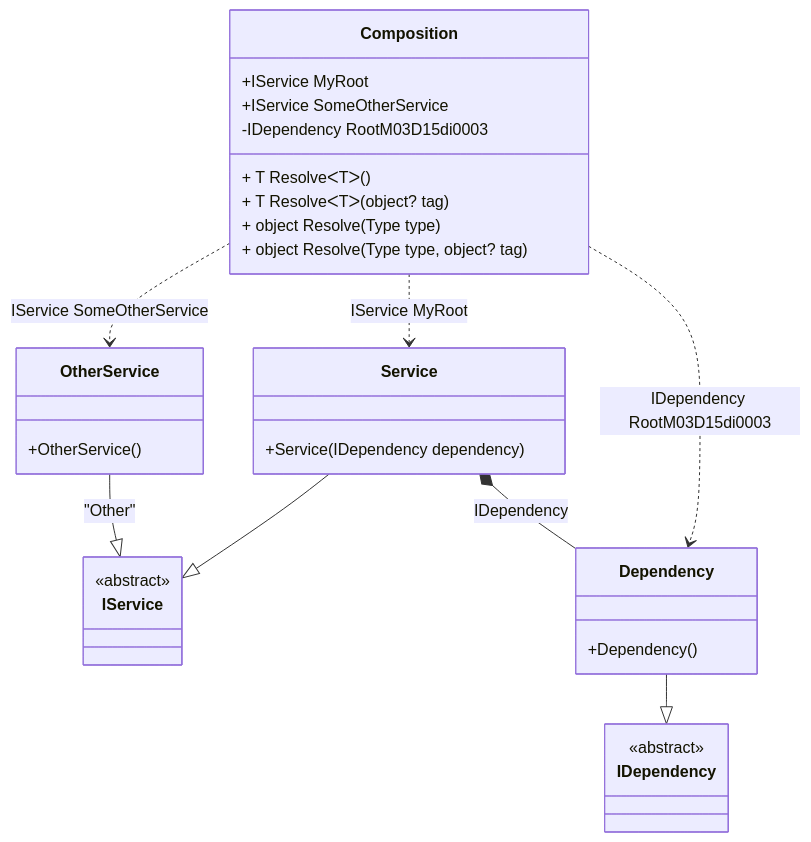
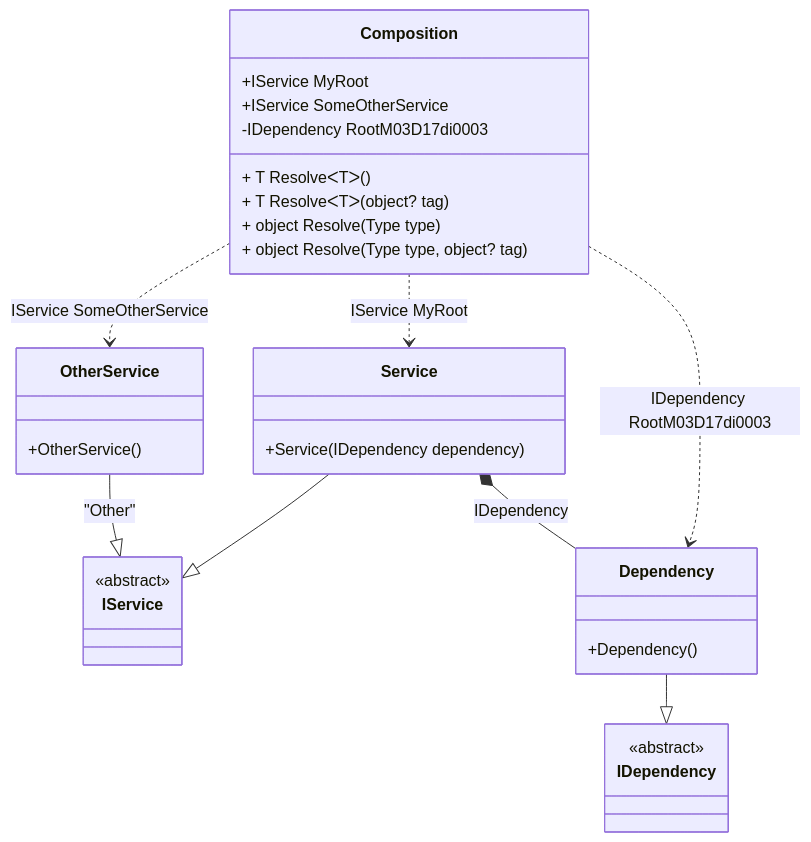
Before and after one commit to DevTeam/Pure.DI: the diagram in readme/composition-roots.md, drawn with Mermaid. The commit also changed other lines of this file and 76 other files, not shown here.

````diff
--- a/readme/composition-roots.md
+++ b/readme/composition-roots.md
@@ -69,34 +69,34 @@
 ```mermaid
 classDiagram
   class Composition {
     +IService MyRoot
     +IService SomeOtherService
-    -IDependency RootM03D15di0003
+    -IDependency RootM03D17di0003
     + T ResolveᐸTᐳ()
     + T ResolveᐸTᐳ(object? tag)
     + object Resolve(Type type)
     + object Resolve(Type type, object? tag)
   }
   Service --|> IService : 
   class Service {
     +Service(IDependency dependency)
   }
   OtherService --|> IService : "Other" 
   class OtherService {
     +OtherService()
   }
   Dependency --|> IDependency : 
   class Dependency {
     +Dependency()
   }
   class IService {
     <<abstract>>
   }
   class IDependency {
     <<abstract>>
   }
   Service *--  Dependency : IDependency
   Composition ..> OtherService : IService SomeOtherService
   Composition ..> Service : IService MyRoot
-  Composition ..> Dependency : IDependency RootM03D15di0003
+  Composition ..> Dependency : IDependency RootM03D17di0003
 ```
````
